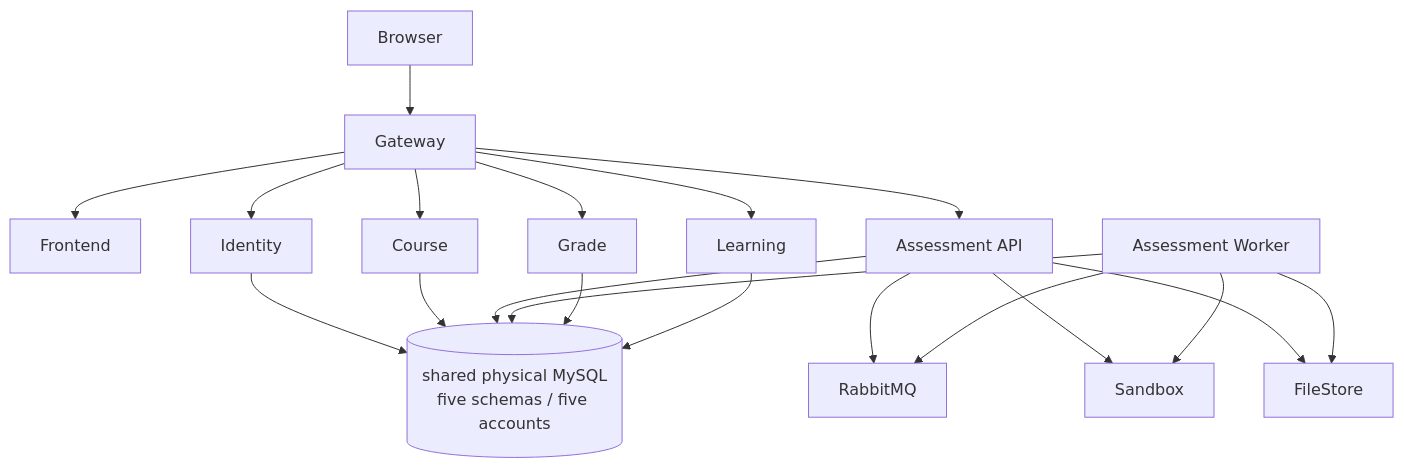
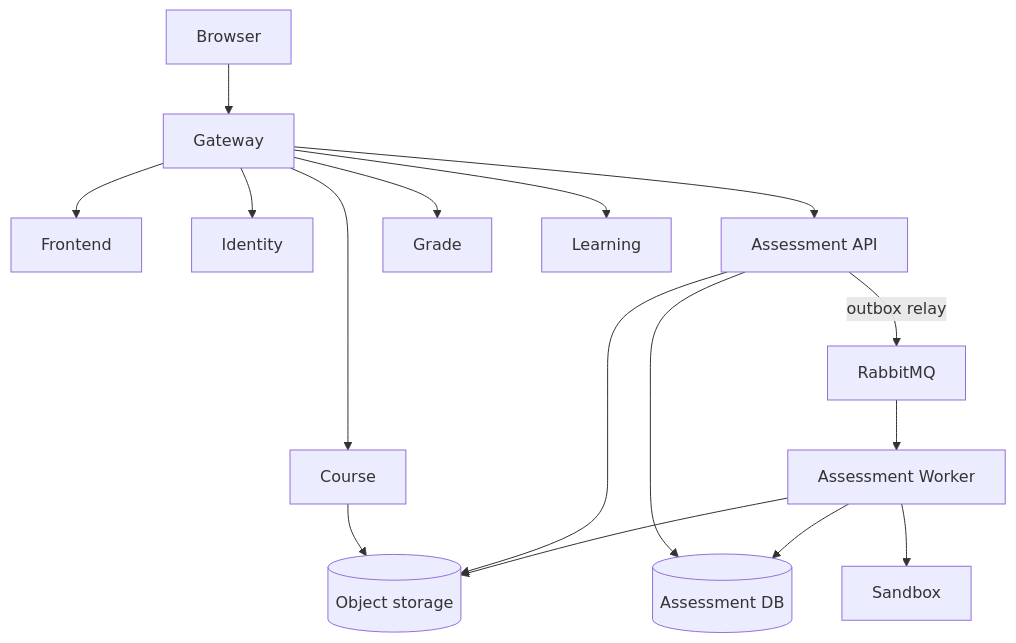
The third of 3 diagrams in docs/开发/D6-D7-五服务架构冻结-305.md (Cr4zyorange/OnlineJudge), drawn with Mermaid before and after one commit. The commit also changed other lines of this file and 26 other files, not shown here.

````diff
--- a/docs/开发/D6-D7-五服务架构冻结-305.md
+++ b/docs/开发/D6-D7-五服务架构冻结-305.md
@@ -113,21 +250,18 @@
 ```mermaid
 flowchart TB
-  Browser --> Gateway --> Frontend
+  Browser --> Gateway
+  Gateway --> Frontend
   Gateway --> Identity
   Gateway --> Course
   Gateway --> AssessmentAPI[Assessment API]
   Gateway --> Grade
   Gateway --> Learning
-  AssessmentAPI --> RabbitMQ
-  AssessmentWorker[Assessment Worker] --> RabbitMQ
-  AssessmentAPI --> Sandbox
+  AssessmentAPI --> AssessmentDB[(Assessment DB)]
+  AssessmentAPI -->|outbox relay| RabbitMQ
+  RabbitMQ --> AssessmentWorker[Assessment Worker]
+  AssessmentWorker --> AssessmentDB
   AssessmentWorker --> Sandbox
-  Identity --> MySQL[(shared physical MySQL\nfive schemas / five accounts)]
-  Course --> MySQL
-  AssessmentAPI --> MySQL
-  AssessmentWorker --> MySQL
-  Grade --> MySQL
-  Learning --> MySQL
-  AssessmentAPI --> FileStore
-  AssessmentWorker --> FileStore
+  Course --> ObjectStore[(Object storage)]
+  AssessmentAPI --> ObjectStore
+  AssessmentWorker --> ObjectStore
 ```
````
